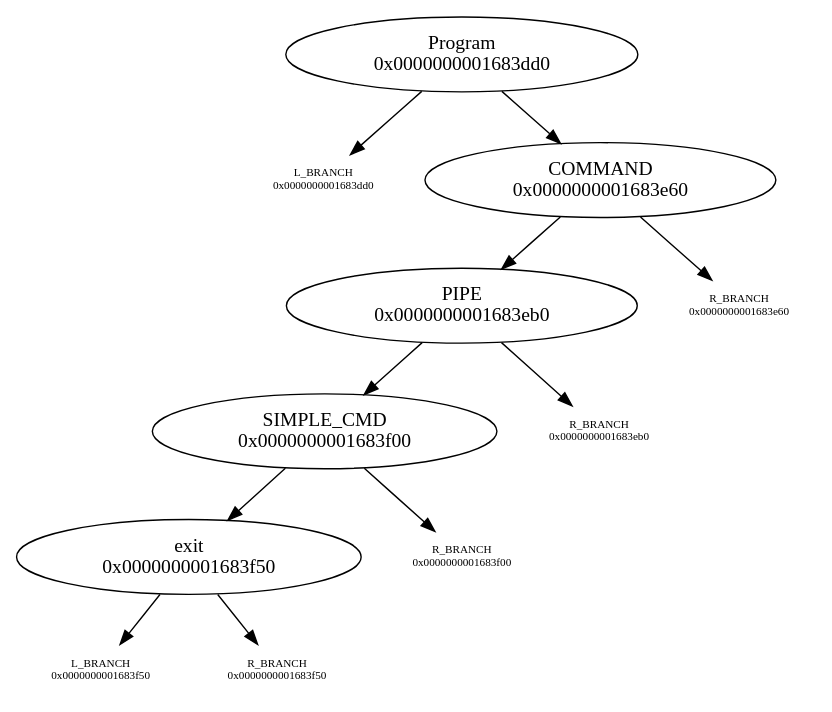
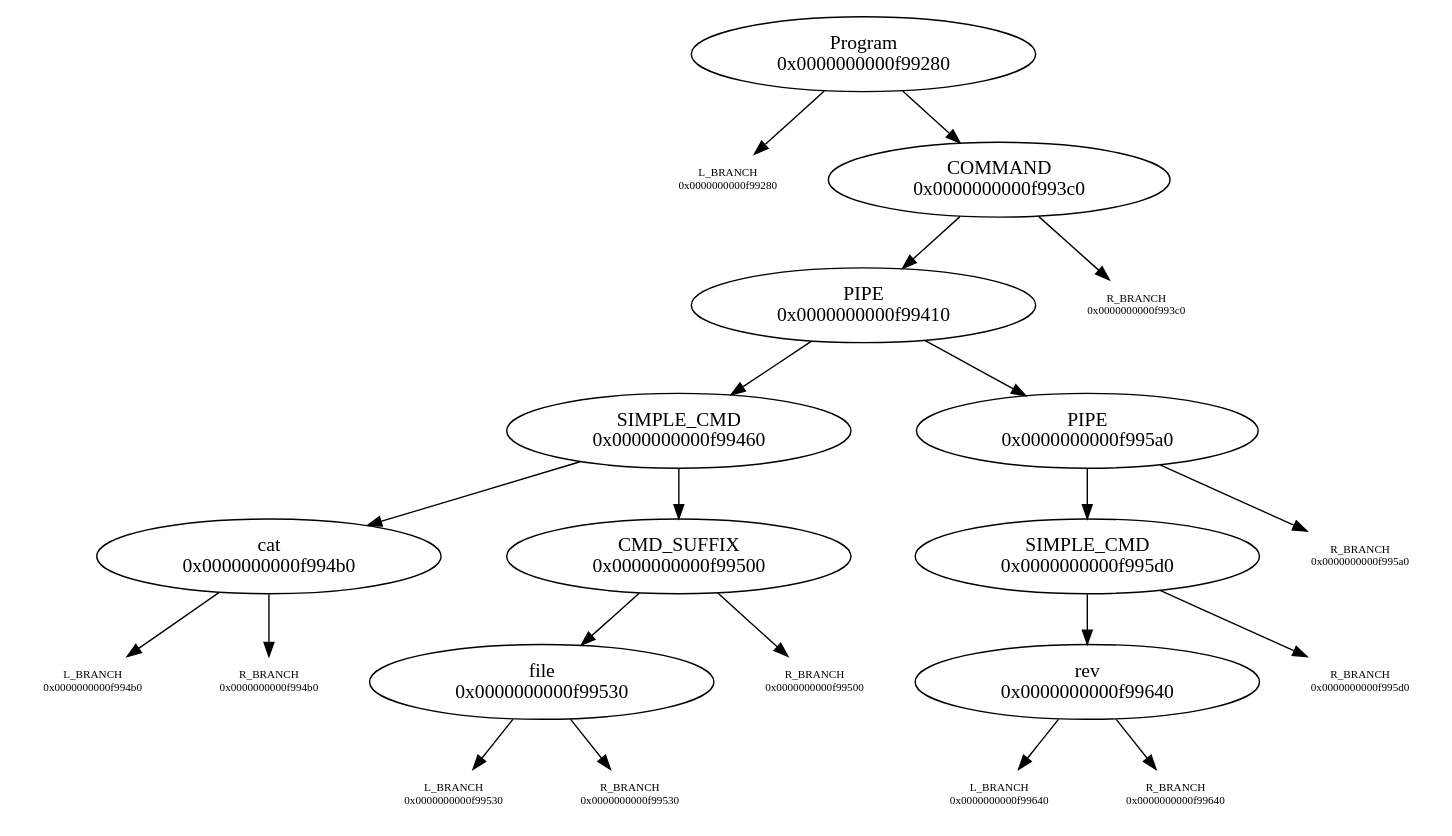
Before and after one commit to N-4-Nina/Minishell: the diagram in graph.dot, drawn with Graphviz. The commit also changed 81 other files, not shown here.

```diff
--- a/graph.dot
+++ b/graph.dot
@@ -1,19 +1,34 @@
 digraph graphname {
-"Program\n0x0000000001683dd0" -> "L_BRANCH\n0x0000000001683dd0";
-"L_BRANCH\n0x0000000001683dd0" [shape=none fontsize=8]
-"Program\n0x0000000001683dd0" -> "COMMAND\n0x0000000001683e60";
-"COMMAND\n0x0000000001683e60" -> "PIPE\n0x0000000001683eb0";
-"COMMAND\n0x0000000001683e60" -> "R_BRANCH\n0x0000000001683e60";
-"R_BRANCH\n0x0000000001683e60" [shape=none fontsize=8]
-"PIPE\n0x0000000001683eb0" -> "SIMPLE_CMD\n0x0000000001683f00";
-"PIPE\n0x0000000001683eb0" -> "R_BRANCH\n0x0000000001683eb0";
-"R_BRANCH\n0x0000000001683eb0" [shape=none fontsize=8]
-"SIMPLE_CMD\n0x0000000001683f00" -> "exit\n0x0000000001683f50";
-"SIMPLE_CMD\n0x0000000001683f00" -> "R_BRANCH\n0x0000000001683f00";
-"R_BRANCH\n0x0000000001683f00" [shape=none fontsize=8]
-"exit\n0x0000000001683f50" -> "L_BRANCH\n0x0000000001683f50";
-"L_BRANCH\n0x0000000001683f50" [shape=none fontsize=8]
-"exit\n0x0000000001683f50" -> "R_BRANCH\n0x0000000001683f50";
-"R_BRANCH\n0x0000000001683f50" [shape=none fontsize=8]
+"Program\n0x0000000000f99280" -> "L_BRANCH\n0x0000000000f99280";
+"L_BRANCH\n0x0000000000f99280" [shape=none fontsize=8]
+"Program\n0x0000000000f99280" -> "COMMAND\n0x0000000000f993c0";
+"COMMAND\n0x0000000000f993c0" -> "PIPE\n0x0000000000f99410";
+"COMMAND\n0x0000000000f993c0" -> "R_BRANCH\n0x0000000000f993c0";
+"R_BRANCH\n0x0000000000f993c0" [shape=none fontsize=8]
+"PIPE\n0x0000000000f99410" -> "SIMPLE_CMD\n0x0000000000f99460";
+"PIPE\n0x0000000000f99410" -> "PIPE\n0x0000000000f995a0";
+"SIMPLE_CMD\n0x0000000000f99460" -> "cat\n0x0000000000f994b0";
+"SIMPLE_CMD\n0x0000000000f99460" -> "CMD_SUFFIX\n0x0000000000f99500";
+"cat\n0x0000000000f994b0" -> "L_BRANCH\n0x0000000000f994b0";
+"L_BRANCH\n0x0000000000f994b0" [shape=none fontsize=8]
+"cat\n0x0000000000f994b0" -> "R_BRANCH\n0x0000000000f994b0";
+"R_BRANCH\n0x0000000000f994b0" [shape=none fontsize=8]
+"CMD_SUFFIX\n0x0000000000f99500" -> "file\n0x0000000000f99530";
+"CMD_SUFFIX\n0x0000000000f99500" -> "R_BRANCH\n0x0000000000f99500";
+"R_BRANCH\n0x0000000000f99500" [shape=none fontsize=8]
+"file\n0x0000000000f99530" -> "L_BRANCH\n0x0000000000f99530";
+"L_BRANCH\n0x0000000000f99530" [shape=none fontsize=8]
+"file\n0x0000000000f99530" -> "R_BRANCH\n0x0000000000f99530";
+"R_BRANCH\n0x0000000000f99530" [shape=none fontsize=8]
+"PIPE\n0x0000000000f995a0" -> "SIMPLE_CMD\n0x0000000000f995d0";
+"PIPE\n0x0000000000f995a0" -> "R_BRANCH\n0x0000000000f995a0";
+"R_BRANCH\n0x0000000000f995a0" [shape=none fontsize=8]
+"SIMPLE_CMD\n0x0000000000f995d0" -> "rev\n0x0000000000f99640";
+"SIMPLE_CMD\n0x0000000000f995d0" -> "R_BRANCH\n0x0000000000f995d0";
+"R_BRANCH\n0x0000000000f995d0" [shape=none fontsize=8]
+"rev\n0x0000000000f99640" -> "L_BRANCH\n0x0000000000f99640";
+"L_BRANCH\n0x0000000000f99640" [shape=none fontsize=8]
+"rev\n0x0000000000f99640" -> "R_BRANCH\n0x0000000000f99640";
+"R_BRANCH\n0x0000000000f99640" [shape=none fontsize=8]
 
 }
```
